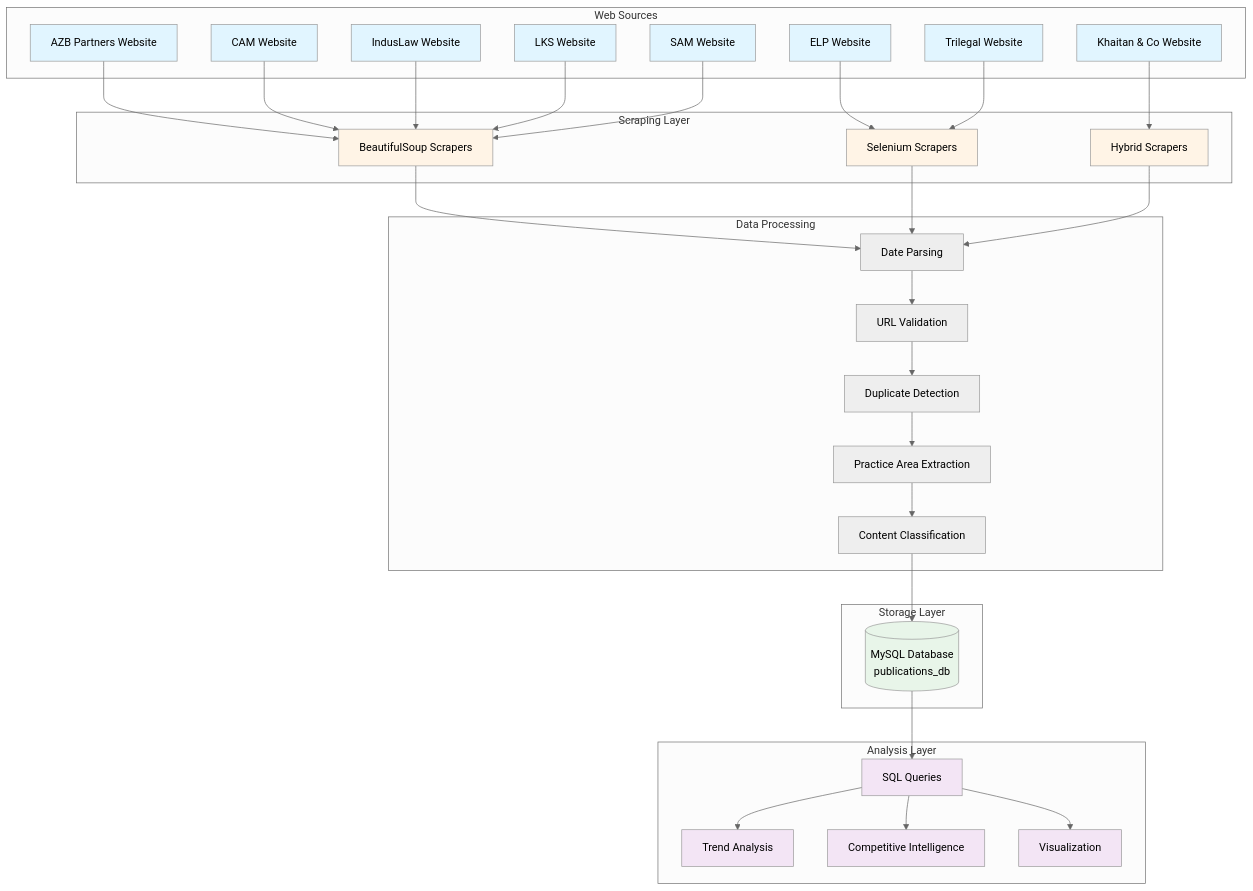
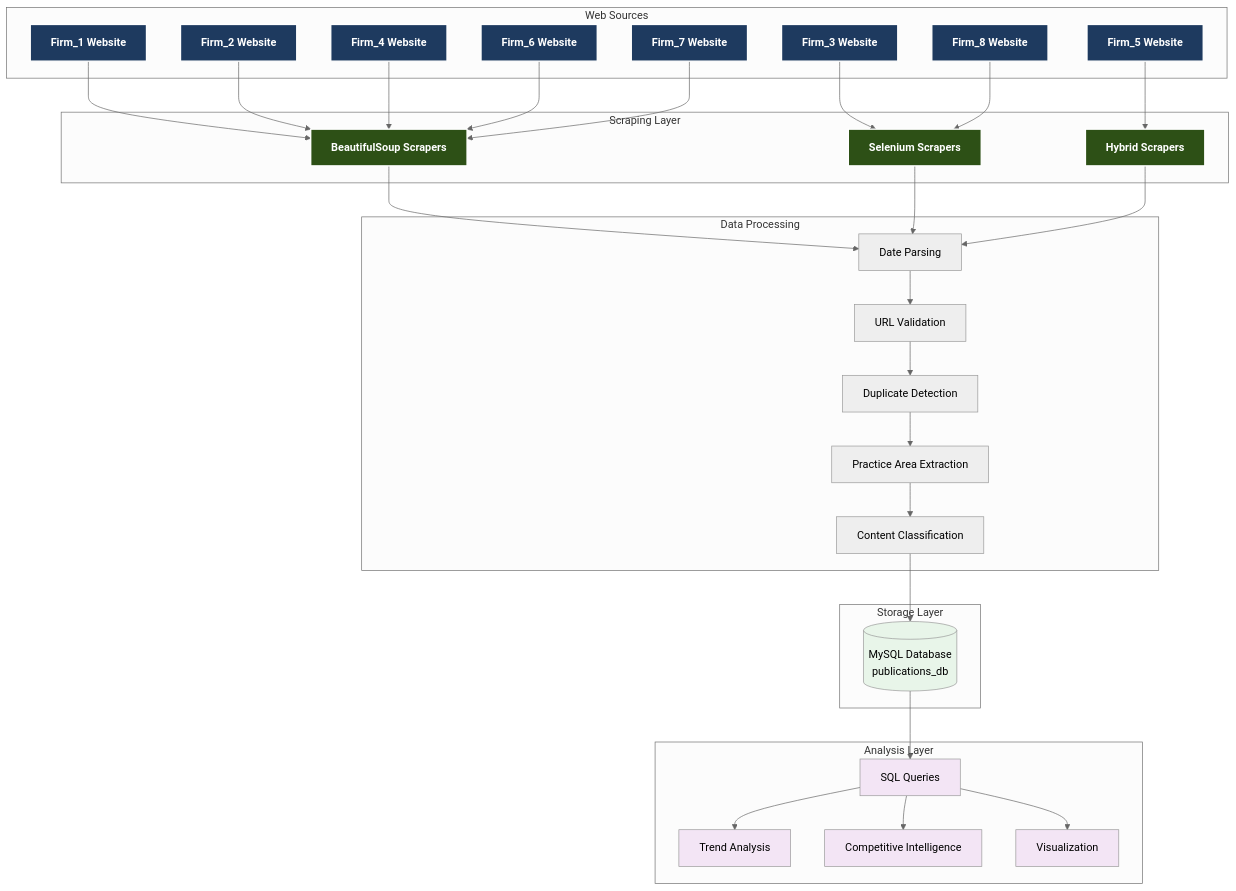
Before and after one commit to Acash-bits/Law-Firm-Publications-Scraper-Suite: the first of 27 diagrams in readme.md, drawn with Mermaid (neutral theme). The commit also changed other lines of this file, not shown here.

Commit message:
Change in the font and style of System architecture diagram

````diff
--- a/readme.md
+++ b/readme.md
@@ -51,69 +51,69 @@
 ```mermaid
 graph TB
     subgraph "Web Sources"
-        A1[AZB Partners Website]
-        A2[CAM Website]
-        A3[ELP Website]
-        A4[IndusLaw Website]
-        A5[Khaitan & Co Website]
-        A6[LKS Website]
-        A7[SAM Website]
-        A8[Trilegal Website]
+        A1["<b>Firm_1 Website</b>"]
+        A2["<b>Firm_2 Website</b>"]
+        A3["<b>Firm_3 Website</b>"]
+        A4["<b>Firm_4 Website</b>"]
+        A5["<b>Firm_5 Website</b>"]
+        A6["<b>Firm_6 Website</b>"]
+        A7["<b>Firm_7 Website</b>"]
+        A8["<b>Firm_8 Website</b>"]
     end
 
     subgraph "Scraping Layer"
-        B1[BeautifulSoup Scrapers]
-        B2[Selenium Scrapers]
-        B3[Hybrid Scrapers]
+        B1["<b>BeautifulSoup Scrapers</b>"]
+        B2["<b>Selenium Scrapers</b>"]
+        B3["<b>Hybrid Scrapers</b>"]
     end
 
     subgraph "Data Processing"
         C1[Date Parsing]
         C2[URL Validation]
         C3[Duplicate Detection]
         C4[Practice Area Extraction]
         C5[Content Classification]
     end
 
     subgraph "Storage Layer"
         D1[(MySQL Database<br/>publications_db)]
     end
 
     subgraph "Analysis Layer"
         E1[SQL Queries]
         E2[Trend Analysis]
         E3[Competitive Intelligence]
         E4[Visualization]
     end
 
     A1 & A2 & A4 & A6 & A7 --> B1
     A3 & A8 --> B2
     A5 --> B3
 
     B1 & B2 & B3 --> C1
     C1 --> C2
     C2 --> C3
     C3 --> C4
     C4 --> C5
     C5 --> D1
 
     D1 --> E1
     E1 --> E2 & E3 & E4
 
-    style A1 fill:#e1f5ff
-    style A2 fill:#e1f5ff
-    style A3 fill:#e1f5ff
-    style A4 fill:#e1f5ff
-    style A5 fill:#e1f5ff
-    style A6 fill:#e1f5ff
-    style A7 fill:#e1f5ff
-    style A8 fill:#e1f5ff
-    style B1 fill:#fff4e6
-    style B2 fill:#fff4e6
-    style B3 fill:#fff4e6
+    style A1 fill:#1e3a5f,stroke:#fff,stroke-width:2px,color:#fff
+    style A2 fill:#1e3a5f,stroke:#fff,stroke-width:2px,color:#fff
+    style A3 fill:#1e3a5f,stroke:#fff,stroke-width:2px,color:#fff
+    style A4 fill:#1e3a5f,stroke:#fff,stroke-width:2px,color:#fff
+    style A5 fill:#1e3a5f,stroke:#fff,stroke-width:2px,color:#fff
+    style A6 fill:#1e3a5f,stroke:#fff,stroke-width:2px,color:#fff
+    style A7 fill:#1e3a5f,stroke:#fff,stroke-width:2px,color:#fff
+    style A8 fill:#1e3a5f,stroke:#fff,stroke-width:2px,color:#fff
+    style B1 fill:#2d5016,stroke:#fff,stroke-width:2px,color:#fff
+    style B2 fill:#2d5016,stroke:#fff,stroke-width:2px,color:#fff
+    style B3 fill:#2d5016,stroke:#fff,stroke-width:2px,color:#fff
     style D1 fill:#e8f5e9
     style E1 fill:#f3e5f5
     style E2 fill:#f3e5f5
     style E3 fill:#f3e5f5
     style E4 fill:#f3e5f5
 ```
````
